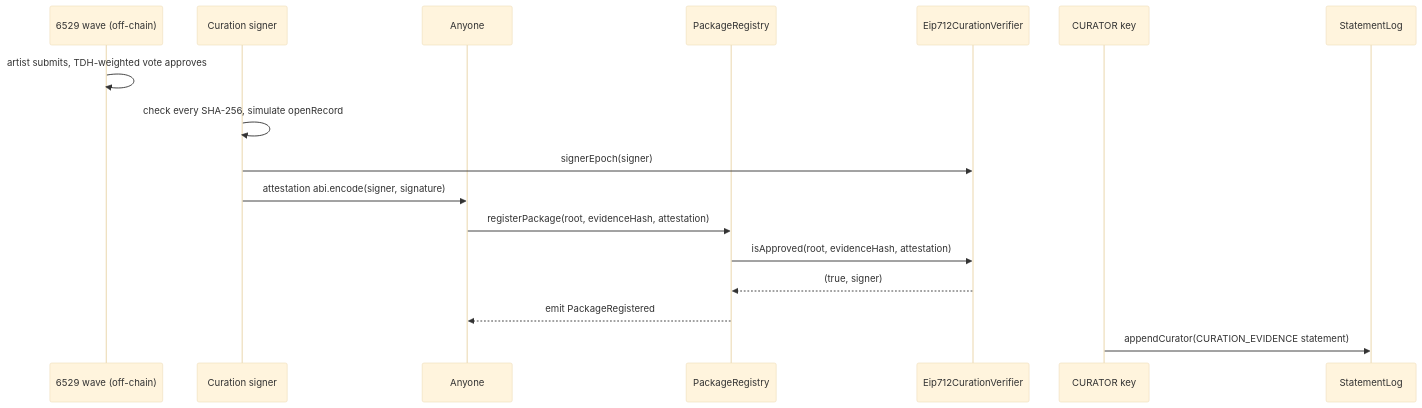
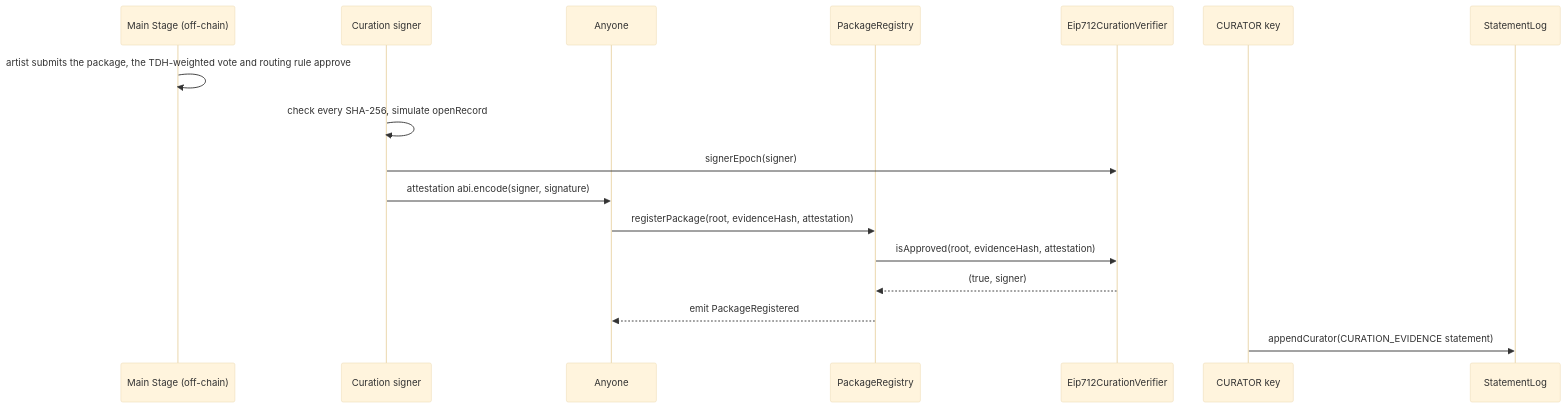
One commit to 6529-Collections/6529-works changed the fourth of 8 diagrams in docs/spec/curation.md. Above: the diagram before and after it, drawn with Mermaid (base theme). The commit also changed other lines of this file and 7 other files, not shown here.

First line of the commit message:
ADR 0001 amendment of 1 November 2026: Main Stage is the only way into 6529 Stream (owner decisions 25 to 27) (#94)

````diff
--- a/docs/spec/curation.md
+++ b/docs/spec/curation.md
@@ -227,19 +233,19 @@
 ```mermaid
 sequenceDiagram
-    participant Wave as 6529 wave (off-chain)
+    participant Wave as Main Stage (off-chain)
     participant Signer as Curation signer
     participant Anyone as Anyone
     participant Registry as PackageRegistry
     participant Verifier as Eip712CurationVerifier
     participant Curator as CURATOR key
     participant Log as StatementLog
-    Wave->>Wave: artist submits, TDH-weighted vote approves
+    Wave->>Wave: artist submits the package, the TDH-weighted vote and routing rule approve
     Signer->>Signer: check every SHA-256, simulate openRecord
     Signer->>Verifier: signerEpoch(signer)
     Signer->>Anyone: attestation abi.encode(signer, signature)
     Anyone->>Registry: registerPackage(root, evidenceHash, attestation)
     Registry->>Verifier: isApproved(root, evidenceHash, attestation)
     Verifier-->>Registry: (true, signer)
     Registry-->>Anyone: emit PackageRegistered
     Curator->>Log: appendCurator(CURATION_EVIDENCE statement)
 ```
````
